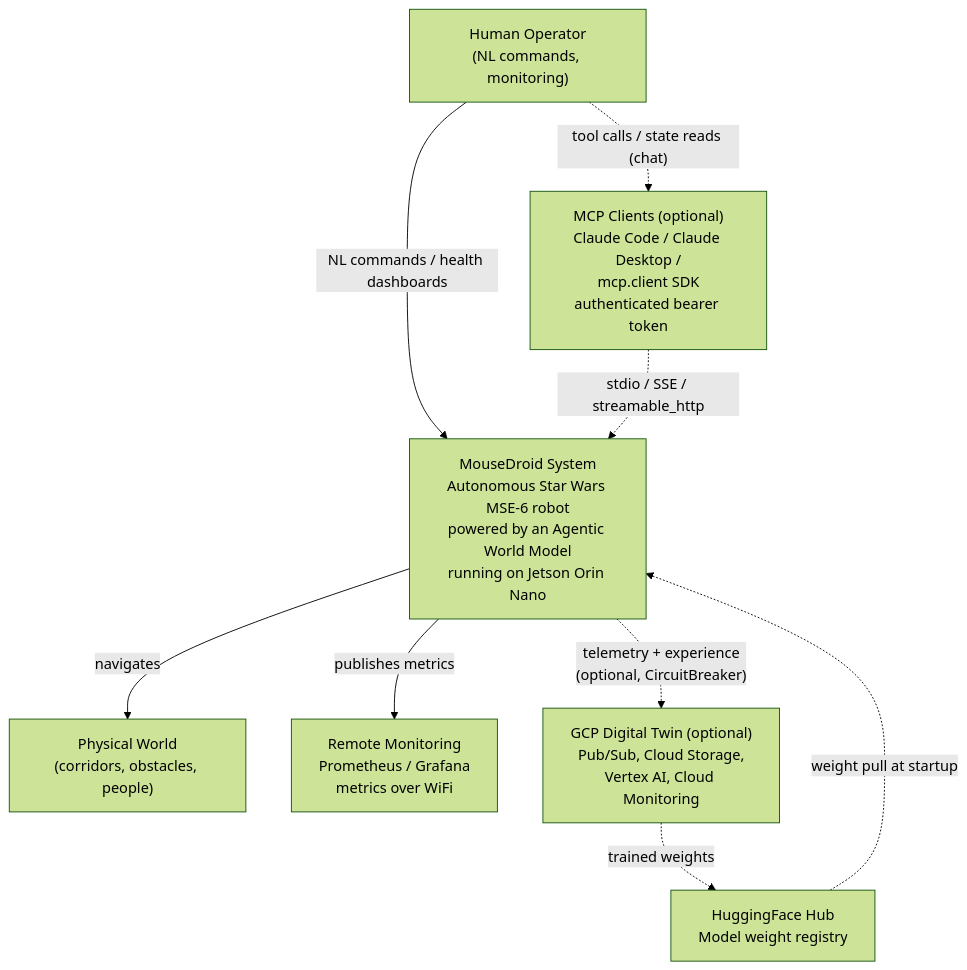
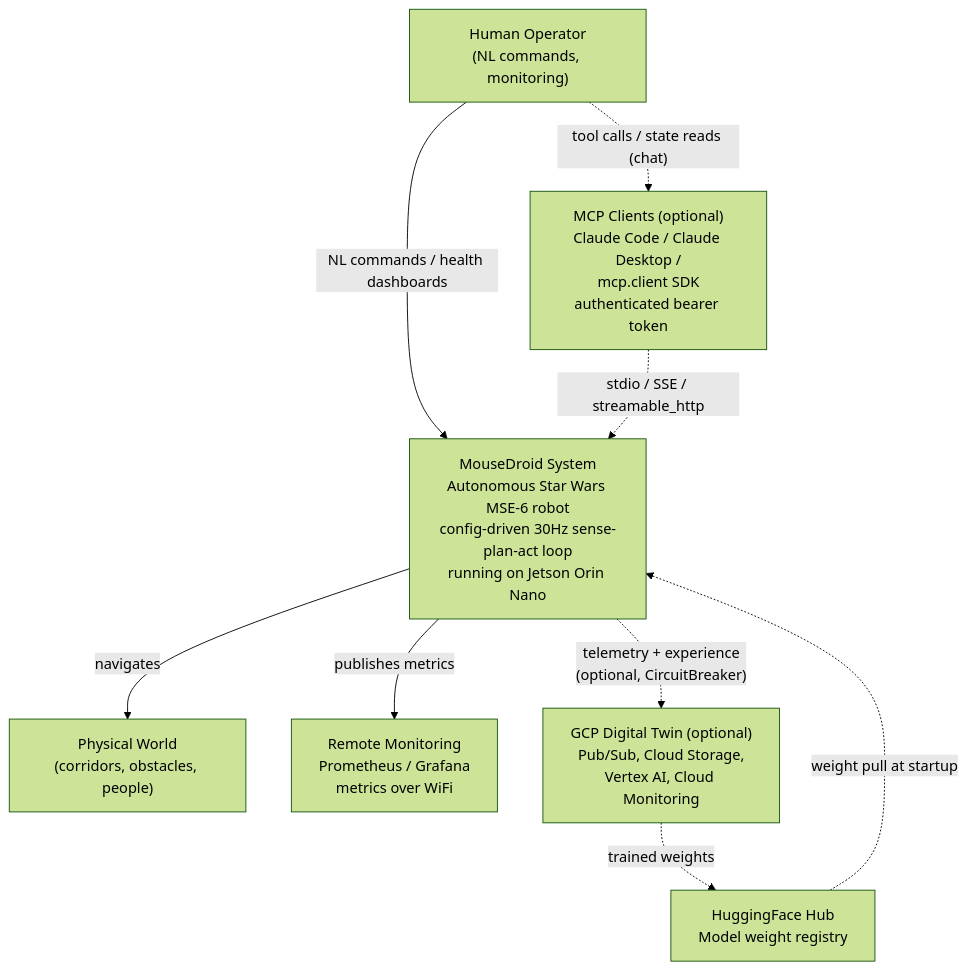
One commit to ianshank/Mouse-Droid-AGI changed the first of 21 diagrams in docs/architecture.md. Above: the diagram before and after it, drawn with Mermaid (forest theme). The commit also changed other lines of this file and 26 other files, not shown here.

````diff
--- a/docs/architecture.md
+++ b/docs/architecture.md
@@ -15,19 +15,19 @@
 ```mermaid
 graph TD
     HumanOp["Human Operator\n(NL commands, monitoring)"]
-    System["MouseDroid System\nAutonomous Star Wars MSE-6 robot\npowered by an Agentic World Model\nrunning on Jetson Orin Nano"]
+    System["MouseDroid System\nAutonomous Star Wars MSE-6 robot\nconfig-driven 30Hz sense-plan-act loop\nrunning on Jetson Orin Nano"]
     PhysWorld["Physical World\n(corridors, obstacles, people)"]
     RemoteMonitor["Remote Monitoring\nPrometheus / Grafana\nmetrics over WiFi"]
     MCPClient["MCP Clients (optional)\nClaude Code / Claude Desktop /\nmcp.client SDK\nauthenticated bearer token"]
     GCPCloud["GCP Digital Twin (optional)\nPub/Sub, Cloud Storage,\nVertex AI, Cloud Monitoring"]
     HFHub["HuggingFace Hub\nModel weight registry"]
 
     HumanOp -- "NL commands / health dashboards" --> System
     HumanOp -. "tool calls / state reads (chat)" .-> MCPClient
     MCPClient -. "stdio / SSE / streamable_http" .-> System
     System -- "navigates" --> PhysWorld
     System -- "publishes metrics" --> RemoteMonitor
     System -. "telemetry + experience\n(optional, CircuitBreaker)" .-> GCPCloud
     GCPCloud -. "trained weights" .-> HFHub
     HFHub -. "weight pull at startup" .-> System
 ```
````
